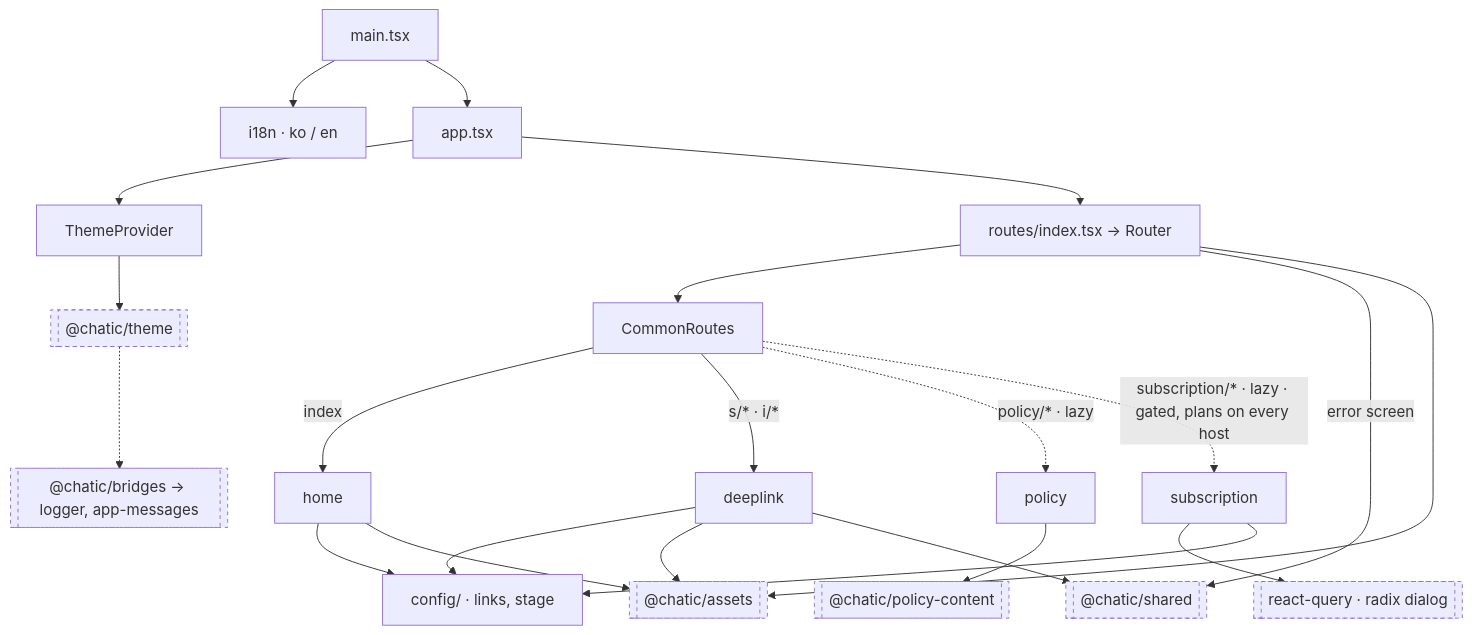
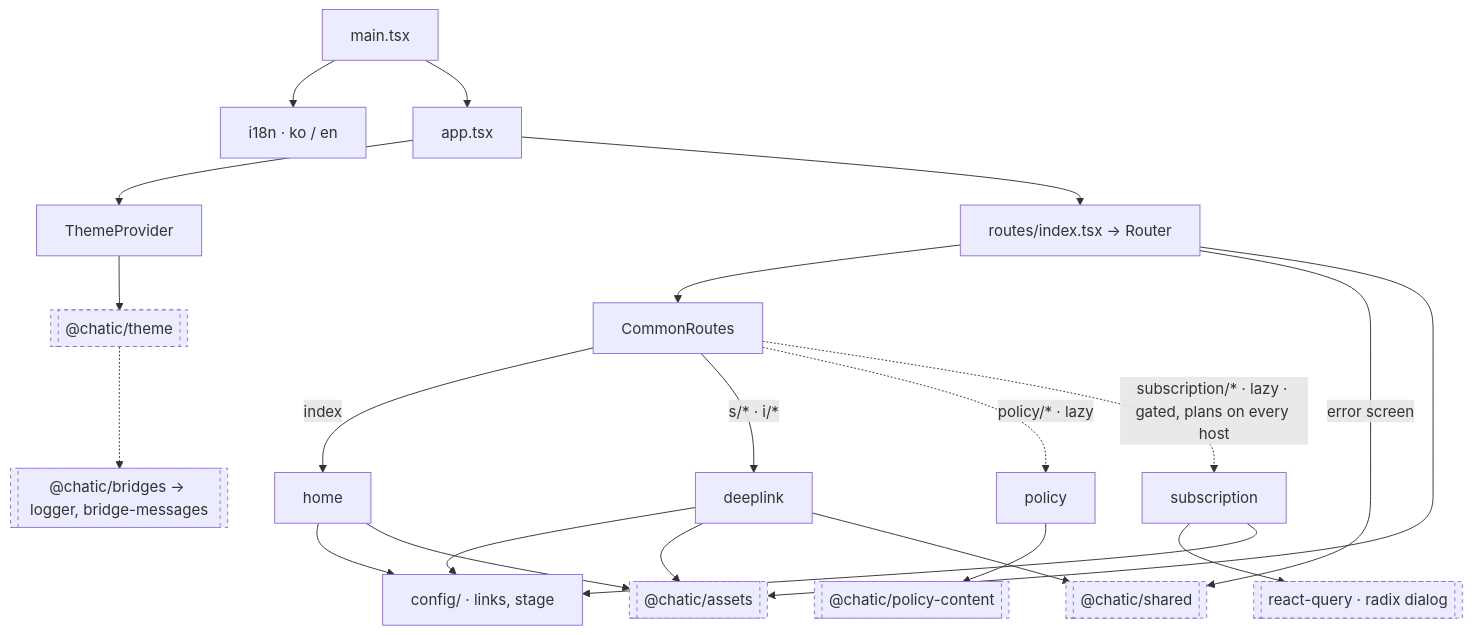
The diagram in apps/landing/README.md (lemoncloud-io/dou-app), drawn with Mermaid before and after one commit. The commit also changed other lines of this file and 313 other files, not shown here.

First line of the commit message:
refactor(bridge-messages): rename @chatic/app-messages to @chatic/bridge-messages

````diff
--- a/apps/landing/README.md
+++ b/apps/landing/README.md
@@ -139,27 +139,27 @@
 ```mermaid
 flowchart TD
     main[main.tsx] --> i18n[i18n · ko / en]
     main --> App[app.tsx]
     App --> TP[ThemeProvider]
     App --> R[routes/index.tsx → Router]
     R --> CR[CommonRoutes]
     R -->|error screen| SH[["@chatic/shared"]]
     R --> AS
     CR -->|index| HO[home]
     CR -->|s/* · i/*| DL[deeplink]
     CR -.->|policy/* · lazy| PO[policy]
     CR -.->|subscription/* · lazy · gated, plans on every host| SU[subscription]
     SU --> RQ[[react-query · radix dialog]]
     SU --> CFG
     HO --> CFG[config/ · links, stage]
     DL --> CFG
     PO --> PC[["@chatic/policy-content"]]
     TP --> TH[["@chatic/theme"]]
     HO --> AS[["@chatic/assets"]]
     DL --> AS
     DL --> SH
-    TH -.-> BR[["@chatic/bridges → logger, app-messages"]]
+    TH -.-> BR[["@chatic/bridges → logger, bridge-messages"]]
 
     classDef ext stroke-dasharray: 4 4;
     class PC,TH,AS,SH,BR,RQ ext;
 ```
````
